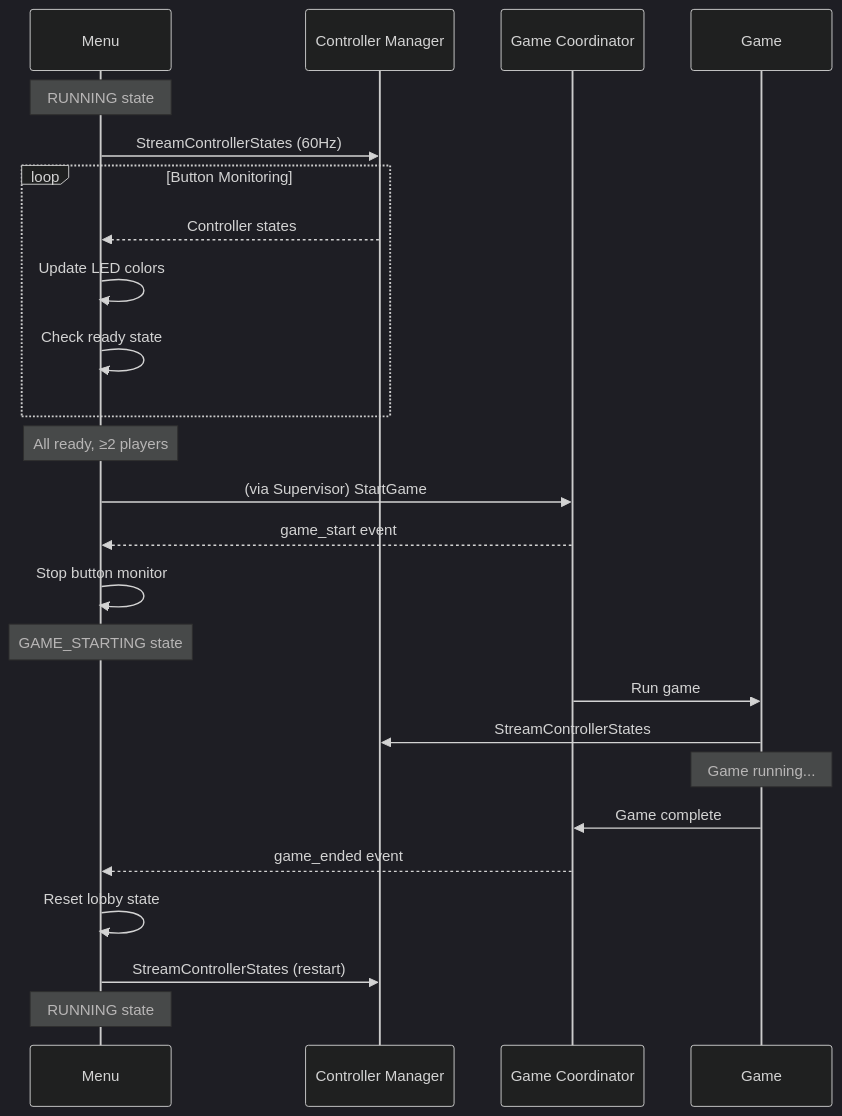
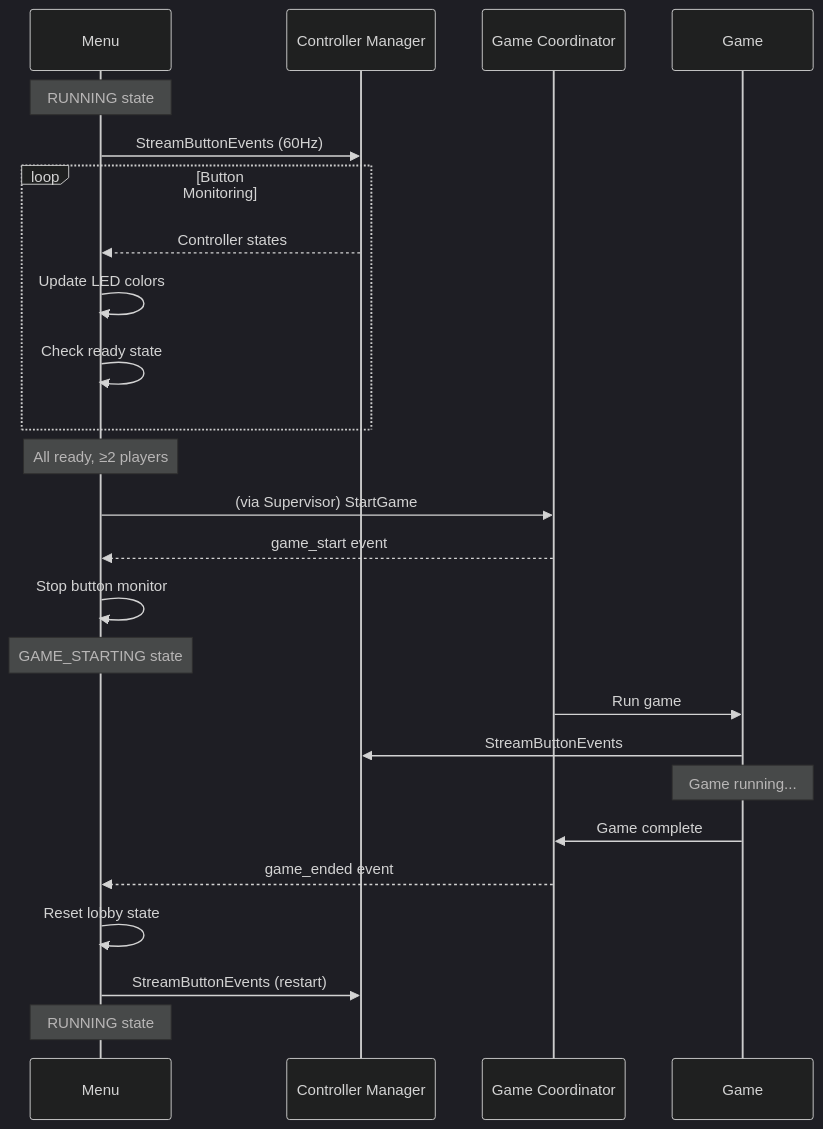
One commit to adangert/JoustMania changed the fifth of 5 diagrams in services/menu/README.md. Above: the diagram before and after it, drawn with Mermaid (dark theme). The commit also changed 44 other files, not shown here.

First line of the commit message:
refactor(tests): Update game coordinator tests to use StreamGameplayDataDynamic

````diff
--- a/services/menu/README.md
+++ b/services/menu/README.md
@@ -272,35 +272,35 @@
 ```mermaid
 sequenceDiagram
     participant Menu
     participant CM as Controller Manager
     participant GC as Game Coordinator
     participant Game
 
     Note over Menu: RUNNING state
-    Menu->>CM: StreamControllerStates (60Hz)
+    Menu->>CM: StreamButtonEvents (60Hz)
 
     loop Button Monitoring
         CM-->>Menu: Controller states
         Menu->>Menu: Update LED colors
         Menu->>Menu: Check ready state
     end
 
     Note over Menu: All ready, ≥2 players
     Menu->>GC: (via Supervisor) StartGame
 
     GC-->>Menu: game_start event
     Menu->>Menu: Stop button monitor
     Note over Menu: GAME_STARTING state
 
     GC->>Game: Run game
-    Game->>CM: StreamControllerStates
+    Game->>CM: StreamButtonEvents
 
     Note over Game: Game running...
 
     Game->>GC: Game complete
     GC-->>Menu: game_ended event
 
     Menu->>Menu: Reset lobby state
-    Menu->>CM: StreamControllerStates (restart)
+    Menu->>CM: StreamButtonEvents (restart)
     Note over Menu: RUNNING state
 ```
````
